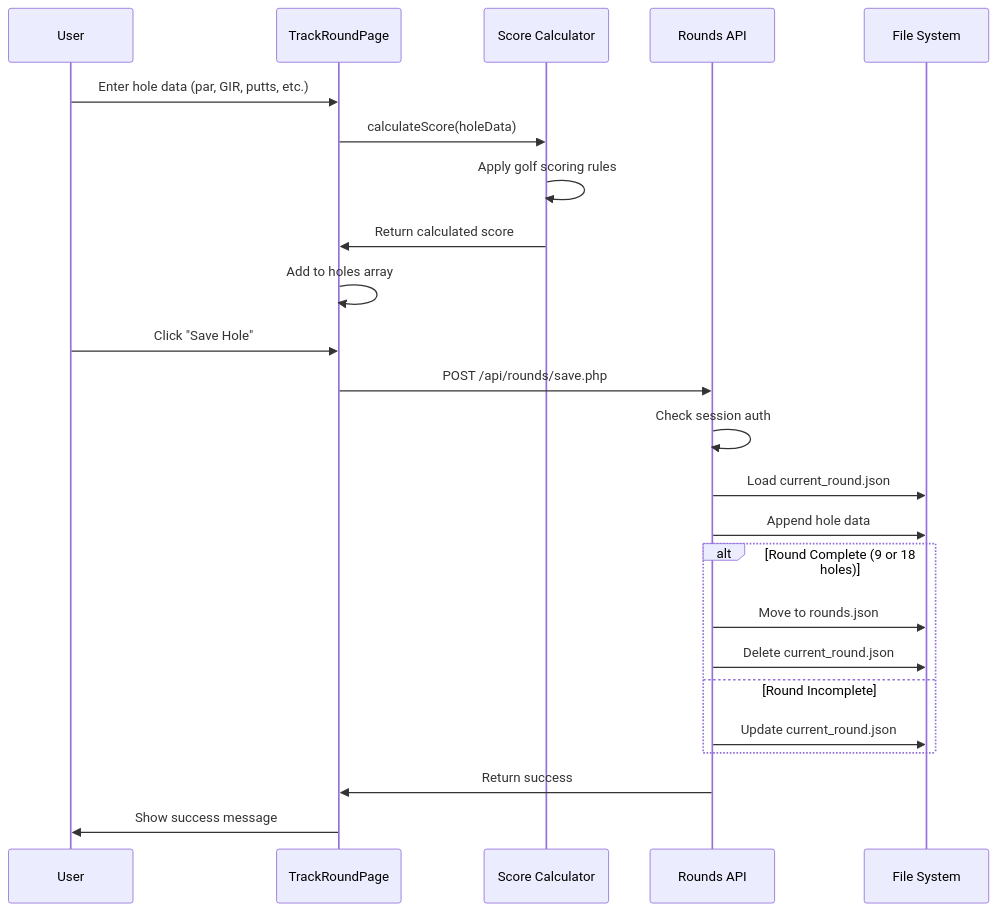
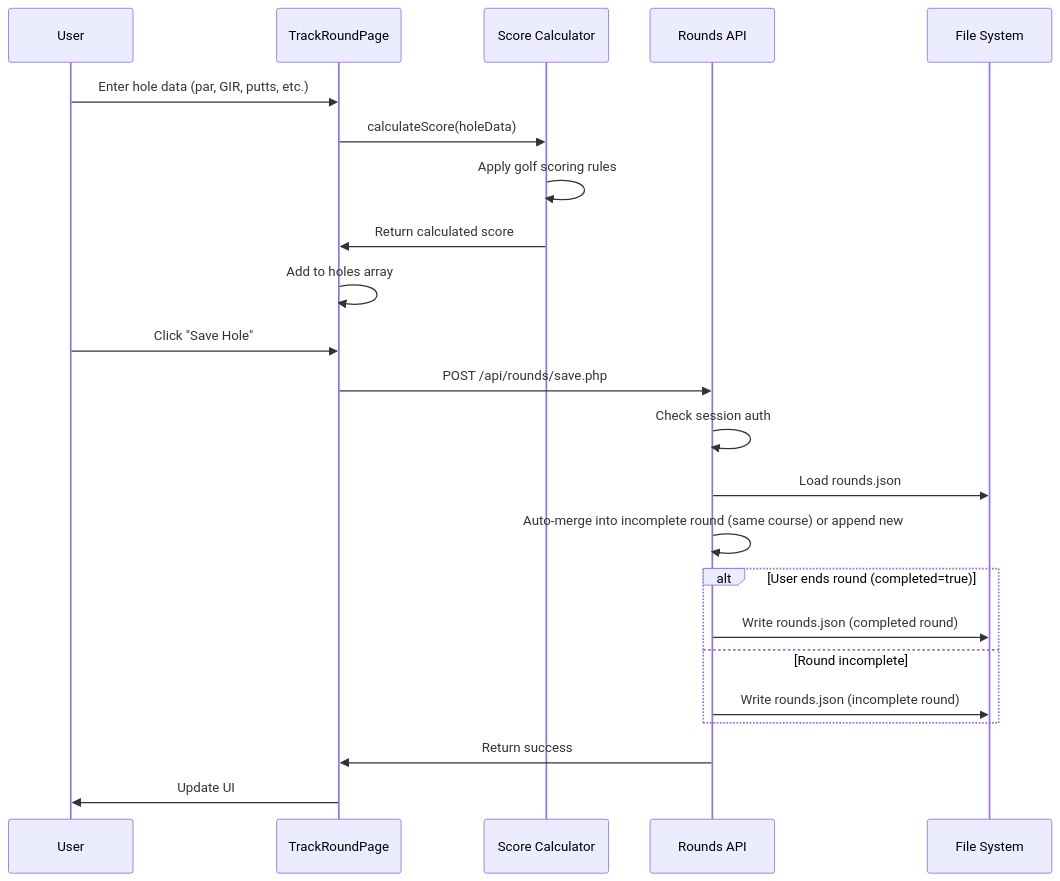
The third of 12 diagrams in docs/DIAGRAMS.md (baileypc/karlgolf.app), drawn with Mermaid before and after one commit. The commit also changed other lines of this file and 23 other files, not shown here.

````diff
--- a/docs/DIAGRAMS.md
+++ b/docs/DIAGRAMS.md
@@ -91,29 +91,28 @@
 ```mermaid
 sequenceDiagram
     participant U as User
     participant T as TrackRoundPage
     participant C as Score Calculator
     participant API as Rounds API
     participant F as File System
-    
+
     U->>T: Enter hole data (par, GIR, putts, etc.)
     T->>C: calculateScore(holeData)
     C->>C: Apply golf scoring rules
     C->>T: Return calculated score
     T->>T: Add to holes array
     U->>T: Click "Save Hole"
     T->>API: POST /api/rounds/save.php
     API->>API: Check session auth
-    API->>F: Load current_round.json
-    API->>F: Append hole data
-    
-    alt Round Complete (9 or 18 holes)
-        API->>F: Move to rounds.json
-        API->>F: Delete current_round.json
-    else Round Incomplete
-        API->>F: Update current_round.json
+    API->>F: Load rounds.json
+    API->>API: Auto-merge into incomplete round (same course) or append new
+
+    alt User ends round (completed=true)
+        API->>F: Write rounds.json (completed round)
+    else Round incomplete
+        API->>F: Write rounds.json (incomplete round)
     end
-    
+
     API->>T: Return success
-    T->>U: Show success message
+    T->>U: Update UI
 ```
````
